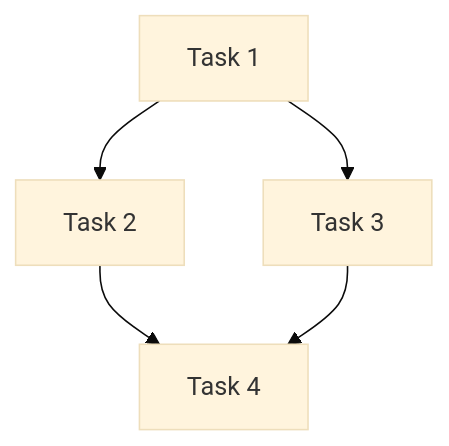
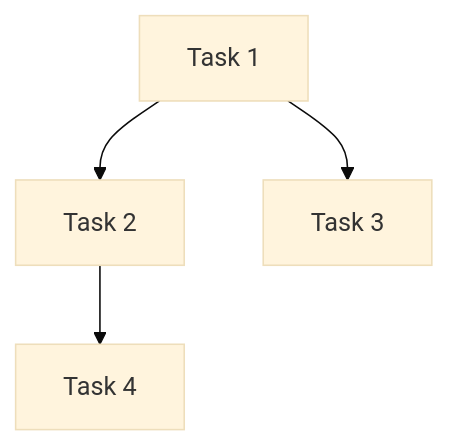
One commit to time-gift24/angular-spark-cli changed the diagram in .claude/skills/multi-team-coordinator/assets/guard-template.md. Above: the diagram before and after it, drawn with Mermaid (base theme). The commit also changed other lines of this file and 32 other files, not shown here.

````diff
--- a/.claude/skills/multi-team-coordinator/assets/guard-template.md
+++ b/.claude/skills/multi-team-coordinator/assets/guard-template.md
@@ -48,7 +48,6 @@
 ```mermaid
 graph TD
     A[Task 1] --> B[Task 2]
     A[Task 1] --> C[Task 3]
     B[Task 2] --> D[Task 4]
-    C[Task 3] --> D[Task 4]
 ```
````
